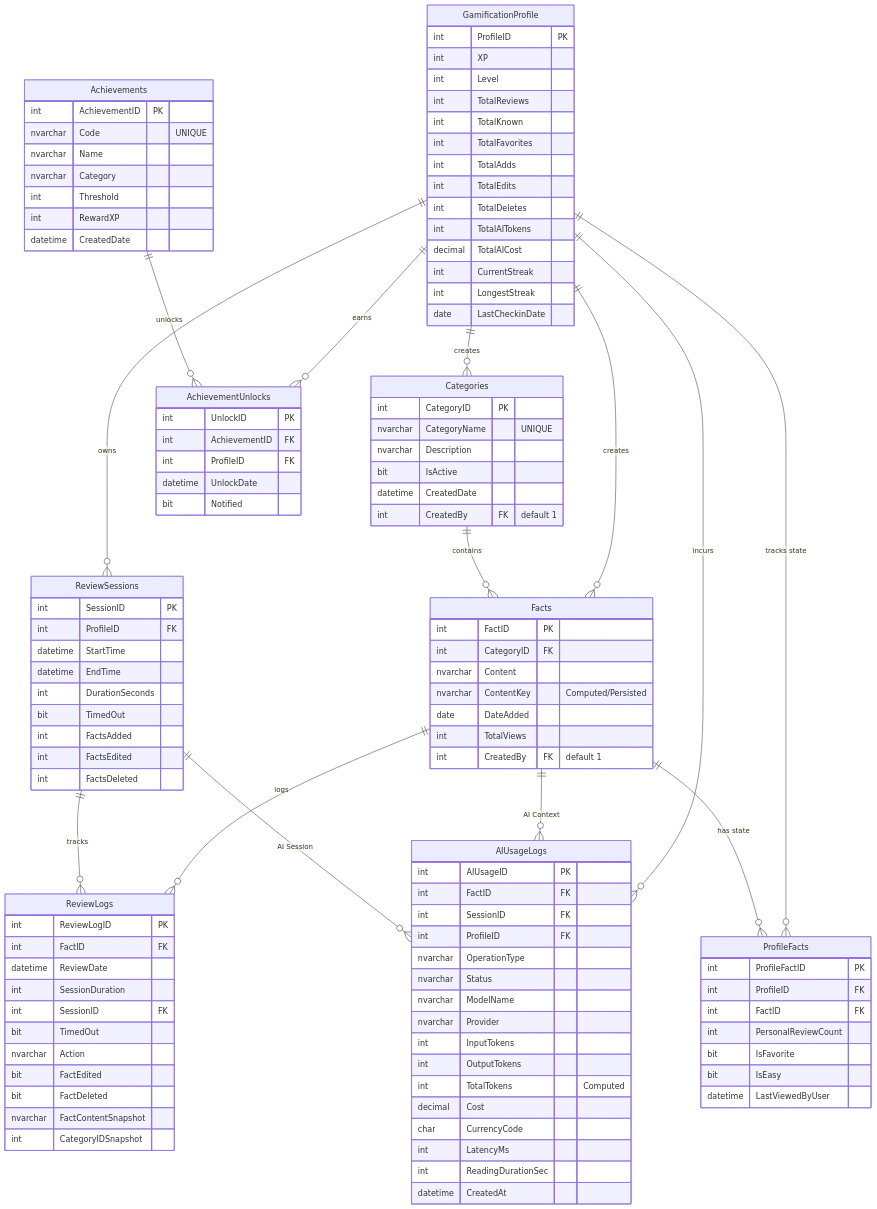
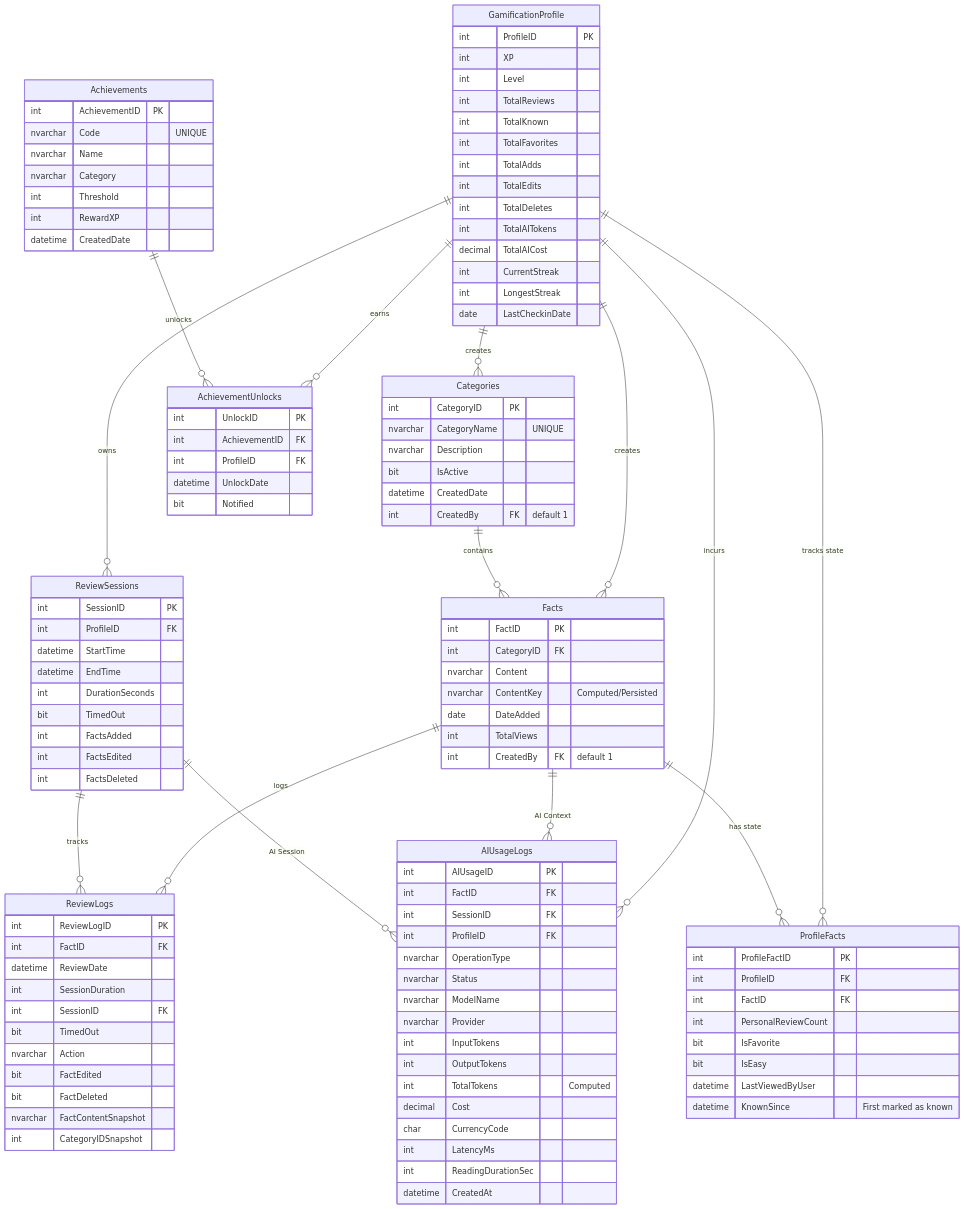
Before and after one commit to LordGauravB/FactDari: the diagram in database_setup/database_ERD.mmd, drawn with Mermaid. The commit also changed 7 other files, not shown here.

```diff
--- a/database_setup/database_ERD.mmd
+++ b/database_setup/database_ERD.mmd
@@ -1,134 +1,135 @@
 erDiagram
     GamificationProfile {
         int ProfileID PK
         int XP
         int Level
         int TotalReviews
         int TotalKnown
         int TotalFavorites
         int TotalAdds
         int TotalEdits
         int TotalDeletes
         int TotalAITokens
         decimal TotalAICost
         int CurrentStreak
         int LongestStreak
         date LastCheckinDate
     }
 
     Categories {
         int CategoryID PK
         nvarchar CategoryName "UNIQUE"
         nvarchar Description
         bit IsActive
         datetime CreatedDate
         int CreatedBy FK "default 1"
     }
 
     Facts {
         int FactID PK
         int CategoryID FK
         nvarchar Content
         nvarchar ContentKey "Computed/Persisted"
         date DateAdded
         int TotalViews
         int CreatedBy FK "default 1"
     }
 
     ProfileFacts {
         int ProfileFactID PK
         int ProfileID FK
         int FactID FK
         int PersonalReviewCount
         bit IsFavorite
         bit IsEasy
         datetime LastViewedByUser
+        datetime KnownSince "First marked as known"
     }
 
     ReviewSessions {
         int SessionID PK
         int ProfileID FK
         datetime StartTime
         datetime EndTime
         int DurationSeconds
         bit TimedOut
         int FactsAdded
         int FactsEdited
         int FactsDeleted
     }
 
     ReviewLogs {
         int ReviewLogID PK
         int FactID FK
         datetime ReviewDate
         int SessionDuration
         int SessionID FK
         bit TimedOut
         nvarchar Action
         bit FactEdited
         bit FactDeleted
         nvarchar FactContentSnapshot
         int CategoryIDSnapshot
     }
 
     AIUsageLogs {
         int AIUsageID PK
         int FactID FK
         int SessionID FK
         int ProfileID FK
         nvarchar OperationType
         nvarchar Status
         nvarchar ModelName
         nvarchar Provider
         int InputTokens
         int OutputTokens
         int TotalTokens "Computed"
         decimal Cost
         char CurrencyCode
         int LatencyMs
         int ReadingDurationSec
         datetime CreatedAt
     }
 
     Achievements {
         int AchievementID PK
         nvarchar Code "UNIQUE"
         nvarchar Name
         nvarchar Category
         int Threshold
         int RewardXP
         datetime CreatedDate
     }
 
     AchievementUnlocks {
         int UnlockID PK
         int AchievementID FK
         int ProfileID FK
         datetime UnlockDate
         bit Notified
     }
 
     %% --- Core Relationships ---
     GamificationProfile ||--o{ ReviewSessions : owns
     GamificationProfile ||--o{ AchievementUnlocks : earns
     GamificationProfile ||--o{ AIUsageLogs : incurs
     GamificationProfile ||--o{ ProfileFacts : "tracks state"
     
     %% --- Creator Tracking (Added these based on SQL FKs) ---
     GamificationProfile ||--o{ Categories : "creates"
     GamificationProfile ||--o{ Facts : "creates"
 
     %% --- Content Structure ---
     Categories ||--o{ Facts : contains
     Facts ||--o{ ProfileFacts : "has state"
     
     %% --- Logging & History ---
     Facts ||--o{ ReviewLogs : logs
     ReviewSessions ||--o{ ReviewLogs : tracks
     
     %% --- AI ---
     Facts ||--o{ AIUsageLogs : "AI Context"
     ReviewSessions ||--o{ AIUsageLogs : "AI Session"
 
     %% --- Gamification ---
     Achievements ||--o{ AchievementUnlocks : unlocks
```
